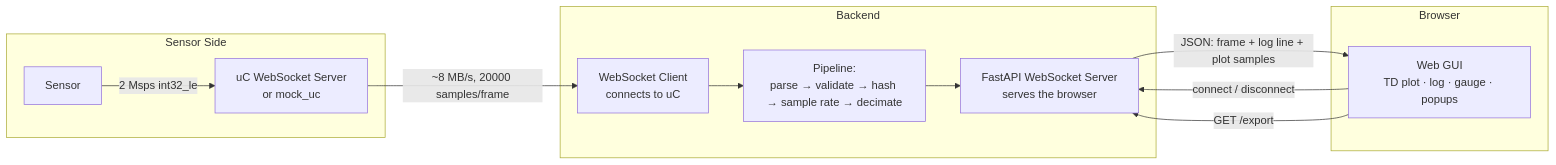
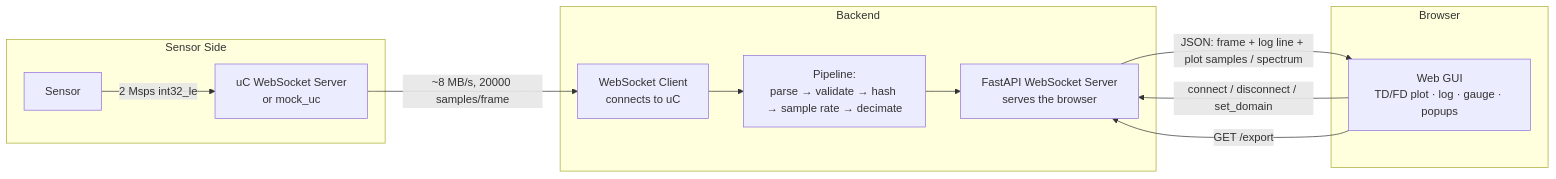
Before and after one commit to duduvpereira/SensorMonitorTII: the diagram in README.md, drawn with Mermaid. The commit also changed other lines of this file and 10 other files, not shown here.

````diff
--- a/README.md
+++ b/README.md
@@ -150,22 +156,22 @@
 ```mermaid
 flowchart LR
     subgraph Sensor Side
         S[Sensor] -->|2 Msps int32_le| UC[uC WebSocket Server<br/>or mock_uc]
     end
 
     subgraph Backend
         WS[WebSocket Client<br/>connects to uC]
         PIPE[Pipeline:<br/>parse → validate → hash → sample rate → decimate]
         SRV[FastAPI WebSocket Server<br/>serves the browser]
         WS --> PIPE --> SRV
     end
 
     subgraph Browser
-        UI[Web GUI<br/>TD plot · log · gauge · popups]
+        UI[Web GUI<br/>TD/FD plot · log · gauge · popups]
     end
 
     UC -->|~8 MB/s, 20000 samples/frame| WS
-    SRV -->|JSON: frame + log line + plot samples| UI
-    UI -->|connect / disconnect| SRV
+    SRV -->|JSON: frame + log line + plot samples / spectrum| UI
+    UI -->|connect / disconnect / set_domain| SRV
     UI -->|GET /export| SRV
 ```
````
